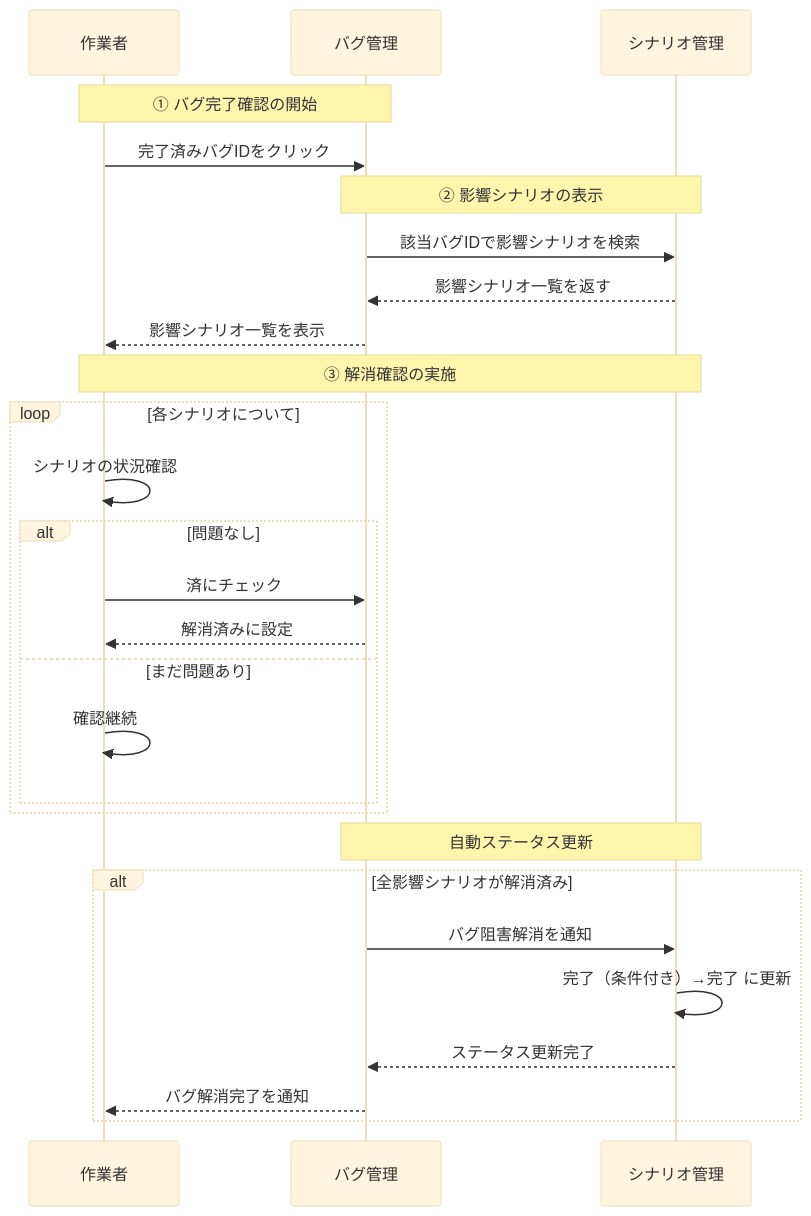
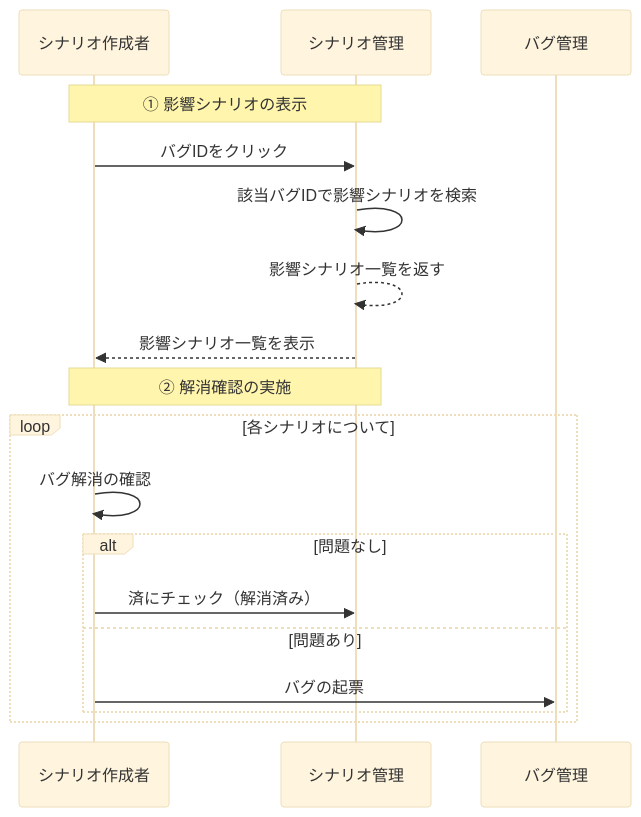
Before and after one commit to ymatsuda-cmyk/tools: the second of 3 diagrams in addin/Scenario/作業フロー.md, drawn with Mermaid (base theme). The commit also changed other lines of this file and 2 other files, not shown here.

````diff
--- a/addin/Scenario/作業フロー.md
+++ b/addin/Scenario/作業フロー.md
@@ -52,33 +35,22 @@
 ```mermaid
 sequenceDiagram
-    participant U as 作業者
+    participant U as シナリオ作成者
+    participant S as シナリオ管理
     participant B as バグ管理
-    participant S as シナリオ管理
     
-    Note over U,B: ① バグ完了確認の開始
-    U->>B: 完了済みバグIDをクリック
+    Note over U,S: ① 影響シナリオの表示
+    U->>S: バグIDをクリック
+        S->>S: 該当バグIDで影響シナリオを検索
+    S-->>S: 影響シナリオ一覧を返す
+    S-->>U: 影響シナリオ一覧を表示
     
-    Note over B,S: ② 影響シナリオの表示
-    B->>S: 該当バグIDで影響シナリオを検索
-    S-->>B: 影響シナリオ一覧を返す
-    B-->>U: 影響シナリオ一覧を表示
-    
-    Note over U,S: ③ 解消確認の実施
+    Note over U,S: ② 解消確認の実施
     loop 各シナリオについて
-        U->>U: シナリオの状況確認
+        U->>U: バグ解消の確認
         alt 問題なし
-            U->>B: 済にチェック
-            B-->>U: 解消済みに設定
-        else まだ問題あり
-            U->>U: 確認継続
+            U->>S: 済にチェック（解消済み）
+        else 問題あり
+            U->>B: バグの起票
         end
     end
-    
-    Note over B,S: 自動ステータス更新
-    alt 全影響シナリオが解消済み
-        B->>S: バグ阻害解消を通知
-        S->>S: 完了（条件付き）→完了 に更新
-        S-->>B: ステータス更新完了
-        B-->>U: バグ解消完了を通知
-    end
 ```
````
